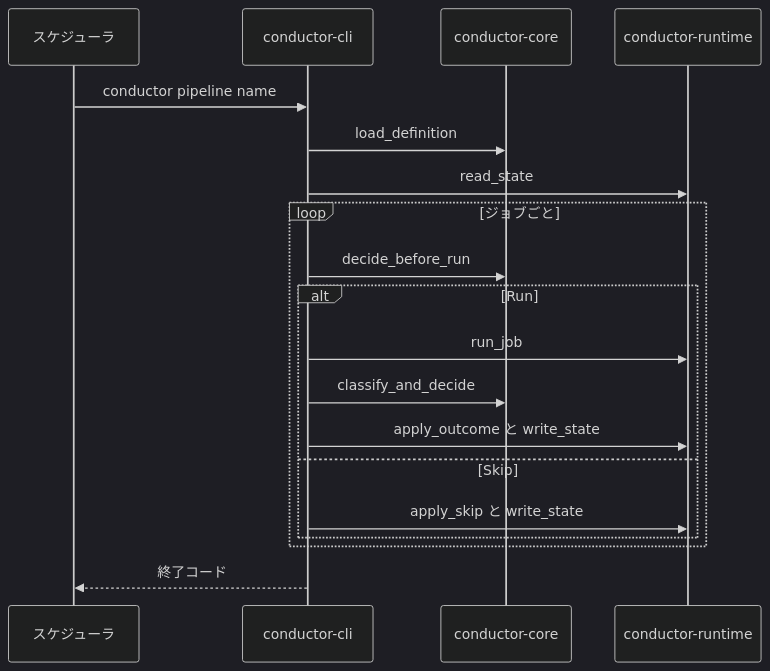
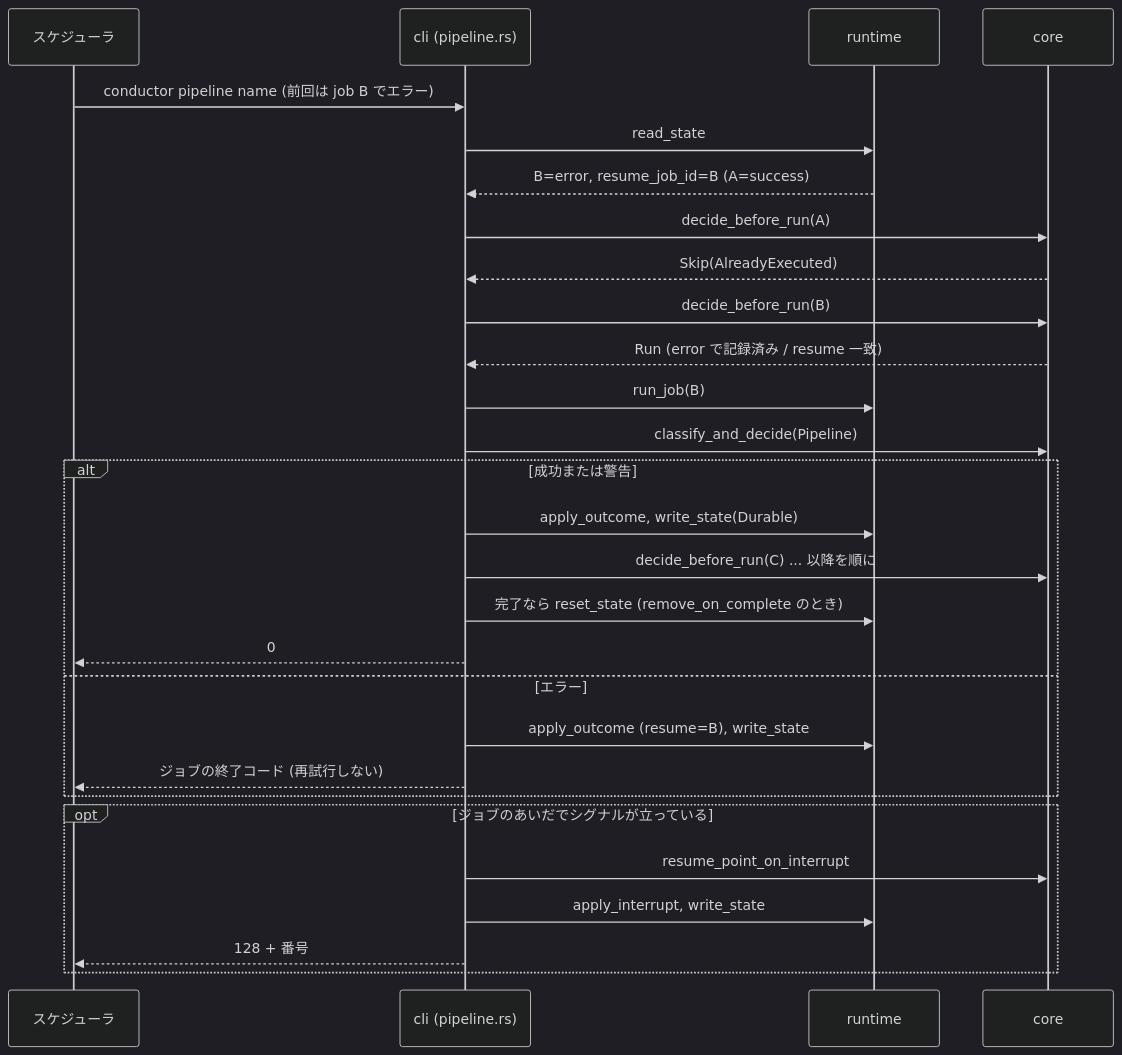
The third of 4 diagrams in aidlc/spaces/default/codekb/rust-job-conductor/architecture.md (agwlvssainokuni/rust-job-conductor), drawn with Mermaid (dark theme) before and after one commit. The commit also changed other lines of this file and 11 other files, not shown here.

````diff
--- a/aidlc/spaces/default/codekb/rust-job-conductor/architecture.md
+++ b/aidlc/spaces/default/codekb/rust-job-conductor/architecture.md
@@ -44,21 +133,30 @@
 ```mermaid
 sequenceDiagram
-  participant U as スケジューラ
-  participant CLI as conductor-cli
-  participant CORE as conductor-core
-  participant RT as conductor-runtime
-  U->>CLI: conductor pipeline name
-  CLI->>CORE: load_definition
-  CLI->>RT: read_state
-  loop ジョブごと
-    CLI->>CORE: decide_before_run
-    alt Run
-      CLI->>RT: run_job
-      CLI->>CORE: classify_and_decide
-      CLI->>RT: apply_outcome と write_state
-    else Skip
-      CLI->>RT: apply_skip と write_state
+    participant S as スケジューラ
+    participant CLI as cli (pipeline.rs)
+    participant RT as runtime
+    participant CORE as core
+    S->>CLI: conductor pipeline name (前回は job B でエラー)
+    CLI->>RT: read_state
+    RT-->>CLI: B=error, resume_job_id=B (A=success)
+    CLI->>CORE: decide_before_run(A)
+    CORE-->>CLI: Skip(AlreadyExecuted)
+    CLI->>CORE: decide_before_run(B)
+    CORE-->>CLI: Run (error で記録済み / resume 一致)
+    CLI->>RT: run_job(B)
+    CLI->>CORE: classify_and_decide(Pipeline)
+    alt 成功または警告
+        CLI->>RT: apply_outcome, write_state(Durable)
+        CLI->>CORE: decide_before_run(C) ... 以降を順に
+        CLI->>RT: 完了なら reset_state (remove_on_complete のとき)
+        CLI-->>S: 0
+    else エラー
+        CLI->>RT: apply_outcome (resume=B), write_state
+        CLI-->>S: ジョブの終了コード (再試行しない)
     end
-  end
-  CLI-->>U: 終了コード
+    opt ジョブのあいだでシグナルが立っている
+        CLI->>CORE: resume_point_on_interrupt
+        CLI->>RT: apply_interrupt, write_state
+        CLI-->>S: 128 + 番号
+    end
 ```
````
